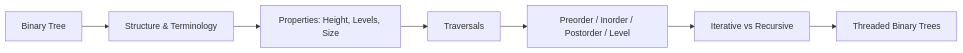
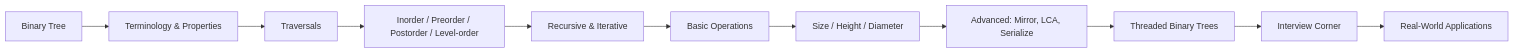
The diagram in docs/courses/data-structures/08-binary-trees.md (Raushan666java/ai-engineering-journey), drawn with Mermaid before and after one commit. The commit also changed other lines of this file and 17 other files, not shown here.

````diff
--- a/docs/courses/data-structures/08-binary-trees.md
+++ b/docs/courses/data-structures/08-binary-trees.md
@@ -24,9 +43,13 @@
 ```mermaid
 flowchart LR
-    A[Binary Tree] --> B[Structure & Terminology]
-    B --> C[Properties: Height, Levels, Size]
-    C --> D[Traversals]
-    D --> E[Preorder / Inorder / Postorder / Level]
-    E --> F[Iterative vs Recursive]
-    F --> G[Threaded Binary Trees]
+    A[Binary Tree] --> B[Terminology & Properties]
+    B --> C[Traversals]
+    C --> D[Inorder / Preorder / Postorder / Level-order]
+    D --> E[Recursive & Iterative]
+    E --> F[Basic Operations]
+    F --> G[Size / Height / Diameter]
+    G --> H[Advanced: Mirror, LCA, Serialize]
+    H --> I[Threaded Binary Trees]
+    I --> J[Interview Corner]
+    J --> K[Real-World Applications]
 ```
````
